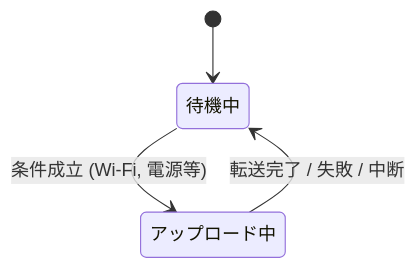
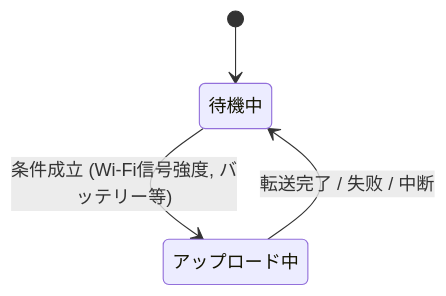
The third of 3 diagrams in docs/android_spec.md (yyren7/thinklet.fivechannel.video.recorder), drawn with Mermaid before and after one commit. The commit also changed other lines of this file and 1 other file, not shown here.

````diff
--- a/docs/android_spec.md
+++ b/docs/android_spec.md
@@ -226,6 +260,6 @@
 ```mermaid
 stateDiagram-v2
     [*] --> 待機中
-    待機中 --> アップロード中: 条件成立 (Wi-Fi, 電源等)
-    アップロード中 --> 待機中: 転送完了 / 失敗 / 中断
+    待機中 --> アップロード中: 条件成立 (Wi-Fi信号強度, バッテリー等)
+    アップロード中 --> 待機中: 転送完了 / 失败 / 中断
 ```
````
